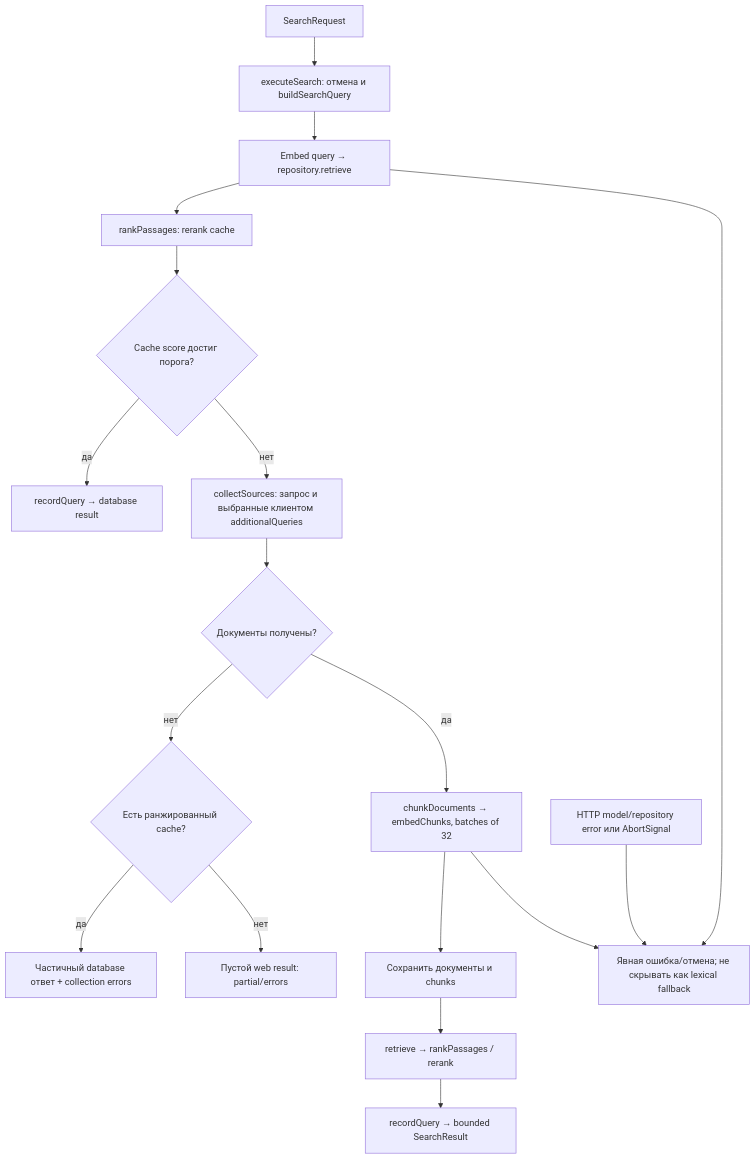
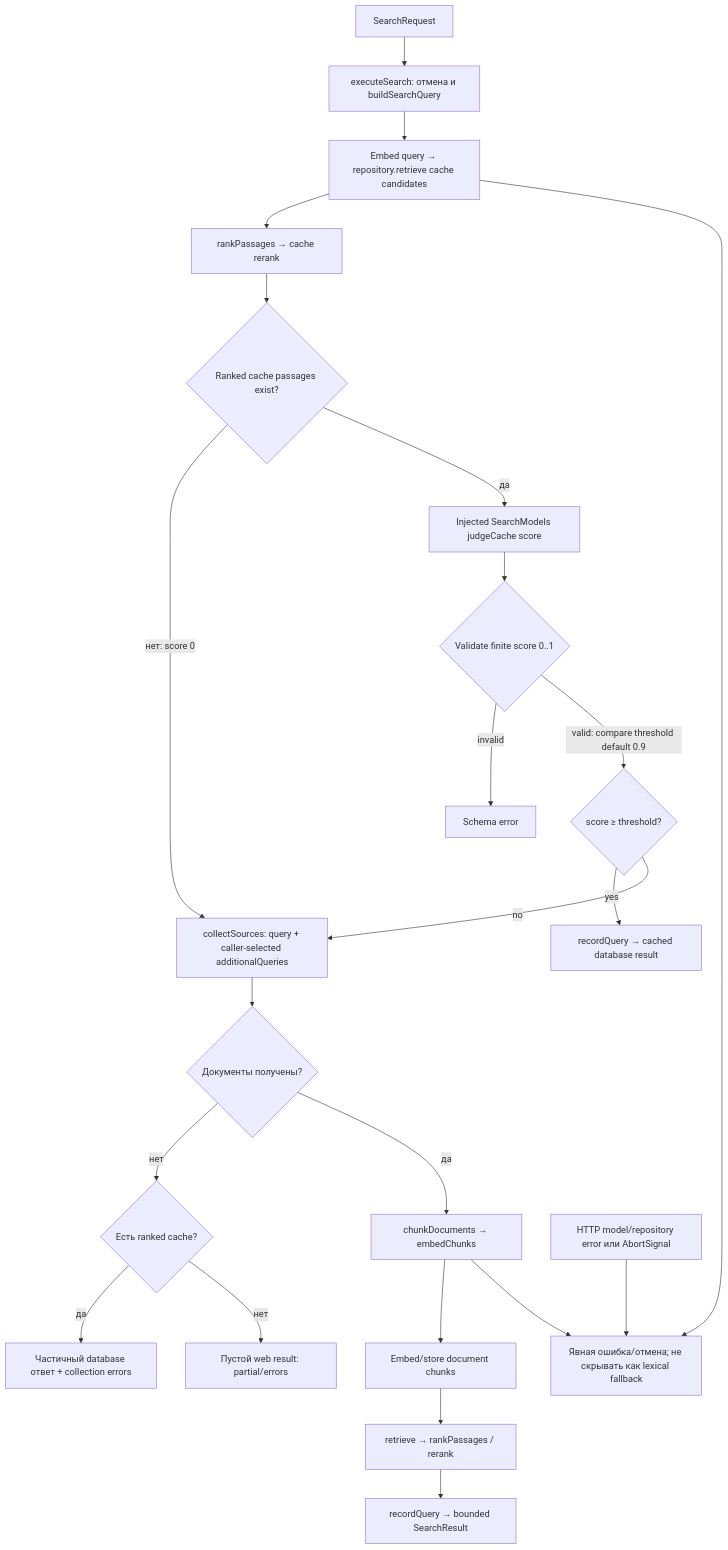
One commit to zoomplus/zorya-search changed the diagram in src/core/README.md. Above: the diagram before and after it, drawn with Mermaid. The commit also changed other lines of this file and 5 other files, not shown here.

Commit message:
docs: detail Jev decisions and retrieval service flows

````diff
--- a/src/core/README.md
+++ b/src/core/README.md
@@ -5,20 +5,25 @@
 ```mermaid
 flowchart TD
  A["SearchRequest"] --> B["executeSearch: отмена и buildSearchQuery"]
- B --> C["Embed query → repository.retrieve"]
- C --> D["rankPassages: rerank cache"]
- D --> E{"Cache score достиг порога?"}
- E -->|"да"| F["recordQuery → database result"]
- E -->|"нет"| G["collectSources: запрос и выбранные клиентом additionalQueries"]
- G --> H{"Документы получены?"}
- H -->|"нет"| I{"Есть ранжированный cache?"}
- I -->|"да"| J["Частичный database ответ + collection errors"]
- I -->|"нет"| K["Пустой web result: partial/errors"]
- H -->|"да"| L["chunkDocuments → embedChunks, batches of 32"]
- L --> M["Сохранить документы и chunks"]
- M --> N["retrieve → rankPassages / rerank"]
- N --> O["recordQuery → bounded SearchResult"]
- P["HTTP model/repository error или AbortSignal"] --> Q["Явная ошибка/отмена; не скрывать как lexical fallback"]
- C --> Q
- L --> Q
+ B --> C["Embed query → repository.retrieve cache candidates"]
+ C --> D["rankPassages → cache rerank"]
+ D --> E{"Ranked cache passages exist?"}
+ E -->|"нет: score 0"| H["collectSources: query + caller-selected additionalQueries"]
+ E -->|"да"| F["Injected SearchModels judgeCache score"]
+ F --> G{"Validate finite score 0..1"}
+ G -->|"invalid"| X["Schema error"]
+ G -->|"valid: compare threshold default 0.9"| I{"score ≥ threshold?"}
+ I -->|"yes"| J["recordQuery → cached database result"]
+ I -->|"no"| H
+ H --> K{"Документы получены?"}
+ K -->|"нет"| L{"Есть ranked cache?"}
+ L -->|"да"| M["Частичный database ответ + collection errors"]
+ L -->|"нет"| N["Пустой web result: partial/errors"]
+ K -->|"да"| O["chunkDocuments → embedChunks"]
+ O --> P["Embed/store document chunks"]
+ P --> Q["retrieve → rankPassages / rerank"]
+ Q --> R["recordQuery → bounded SearchResult"]
+ S["HTTP model/repository error или AbortSignal"] --> T["Явная ошибка/отмена; не скрывать как lexical fallback"]
+ C --> T
+ O --> T
 ```
````
